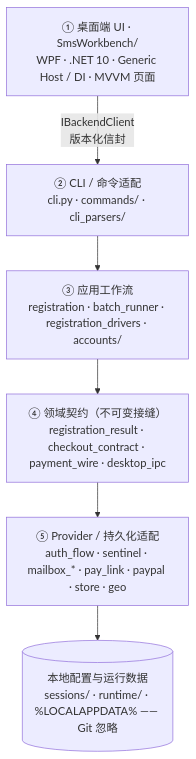
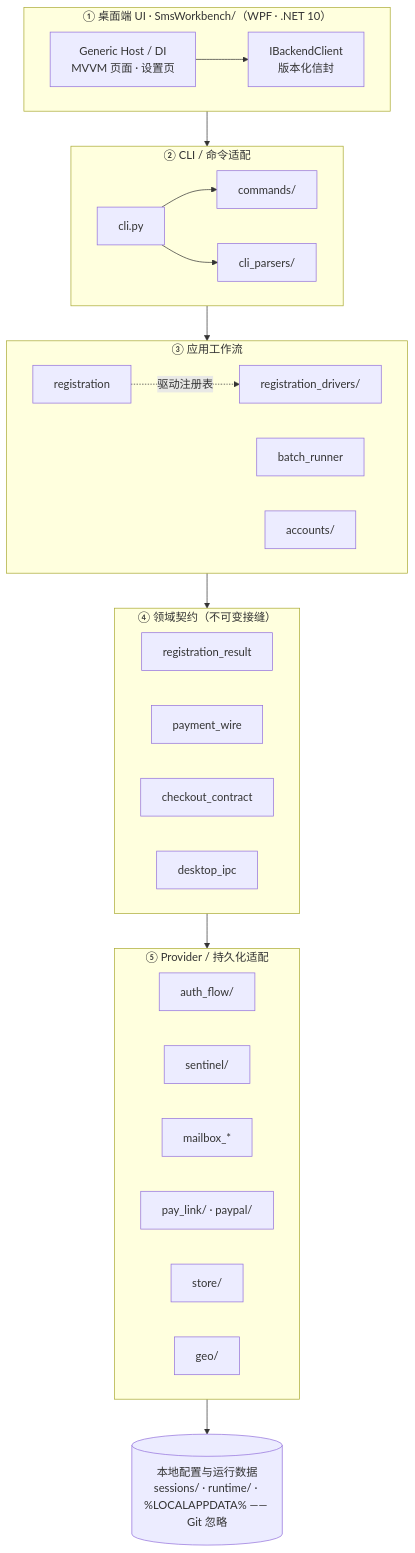
Before and after one commit to 2951461586/GPT-Register-Tool: the diagram in README.md, drawn with Mermaid. The commit also changed other lines of this file and 1 other file, not shown here.

Commit message:
docs(readme): give every module its own box in the architecture diagram and widen the layer column
- Replace the one-line-per-layer diagram with layer subgraphs, so each module is
  its own node instead of a name buried in a single label. Layer order stays
  (1)-(5), and subgraph-to-subgraph arrows keep the inward-only dependency
  direction visible.
- Note that `services/` is a subprocess boundary outside the five layers.
- Widen the layer column. A markdown table derives column width from cell
  content, so the widest cells are padded with `&nbsp;` to a 40-column target;
  padding only the widest cells is enough, since a column is as wide as its
  widest cell.

The diagram measures 98 columns in grok-mermaid against 178 for the previous
five-column layout, so GitHub no longer scales it down to unreadable text.

````diff
--- a/README.md
+++ b/README.md
@@ -54,14 +54,51 @@
 ```mermaid
 flowchart TB
-    L1["① 桌面端 UI · SmsWorkbench/<br/>WPF · .NET 10 · Generic Host / DI · MVVM 页面"]
-    L2["② CLI / 命令适配<br/>cli.py · commands/ · cli_parsers/"]
-    L3["③ 应用工作流<br/>registration · batch_runner · registration_drivers · accounts/"]
-    L4["④ 领域契约（不可变接缝）<br/>registration_result · checkout_contract · payment_wire · desktop_ipc"]
-    L5["⑤ Provider / 持久化适配<br/>auth_flow · sentinel · mailbox_* · pay_link · paypal · store · geo"]
+    subgraph L1["① 桌面端 UI · SmsWorkbench/（WPF · .NET 10）"]
+        direction LR
+        PANEL["Generic Host / DI<br/>MVVM 页面 · 设置页"]
+        IPC["IBackendClient<br/>版本化信封"]
+    end
 
-    L1 -->|"IBackendClient<br/>版本化信封"| L2
+    subgraph L2["② CLI / 命令适配"]
+        direction LR
+        CLI["cli.py"]
+        CMDS["commands/"]
+        PARSERS["cli_parsers/"]
+    end
+
+    subgraph L3["③ 应用工作流"]
+        direction LR
+        REG["registration"]
+        BATCH["batch_runner"]
+        DRV["registration_drivers/"]
+        REC["accounts/"]
+    end
+
+    subgraph L4["④ 领域契约（不可变接缝）"]
+        direction LR
+        RESULT["registration_result"]
+        WIRE["payment_wire"]
+        CHECKOUT["checkout_contract"]
+        DIPC["desktop_ipc"]
+    end
+
+    subgraph L5["⑤ Provider / 持久化适配"]
+        direction LR
+        AF["auth_flow/"]
+        SEN["sentinel/"]
+        MB["mailbox_*"]
+        PAY["pay_link/ · paypal/"]
+        STO["store/"]
+        GEO["geo/"]
+    end
+
+    PANEL --> IPC
+    CLI --> CMDS
+    CLI --> PARSERS
+    REG -. 驱动注册表 .-> DRV
+    L1 --> L2
     L2 --> L3
     L3 --> L4
     L4 --> L5
     L5 --> DATA[("本地配置与运行数据<br/>sessions/ · runtime/ · %LOCALAPPDATA% —— Git 忽略")]
 ```
````
